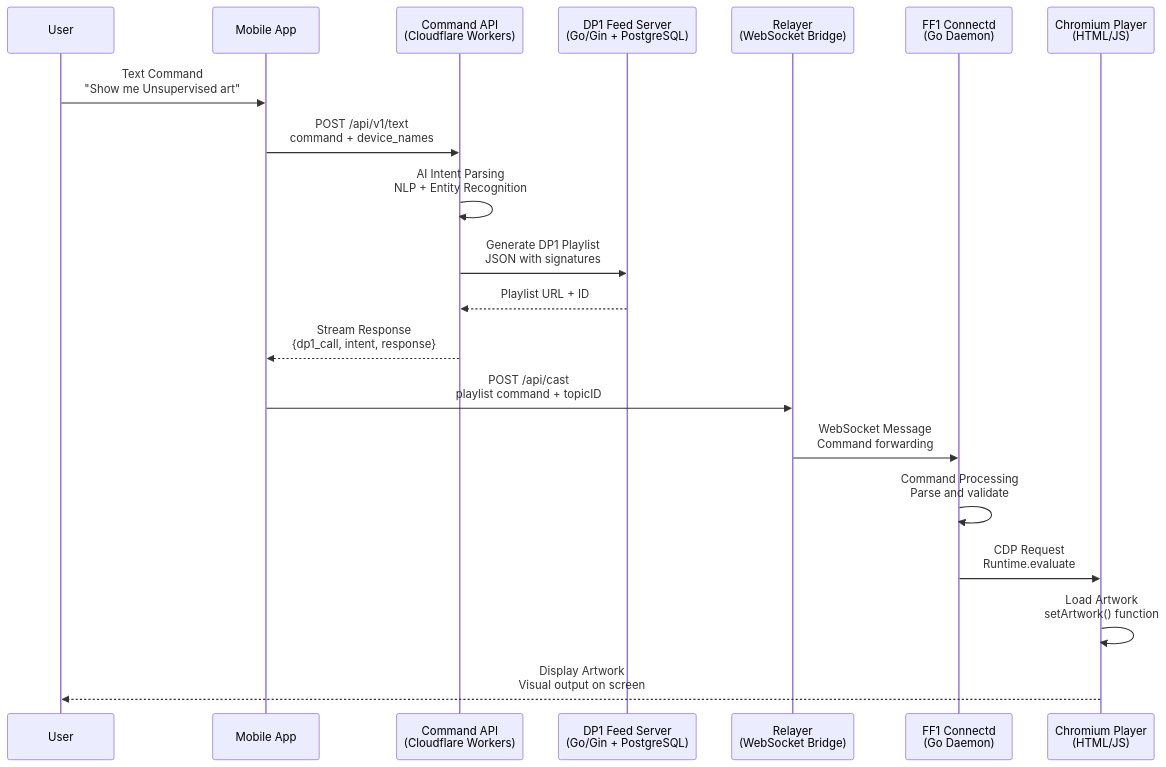
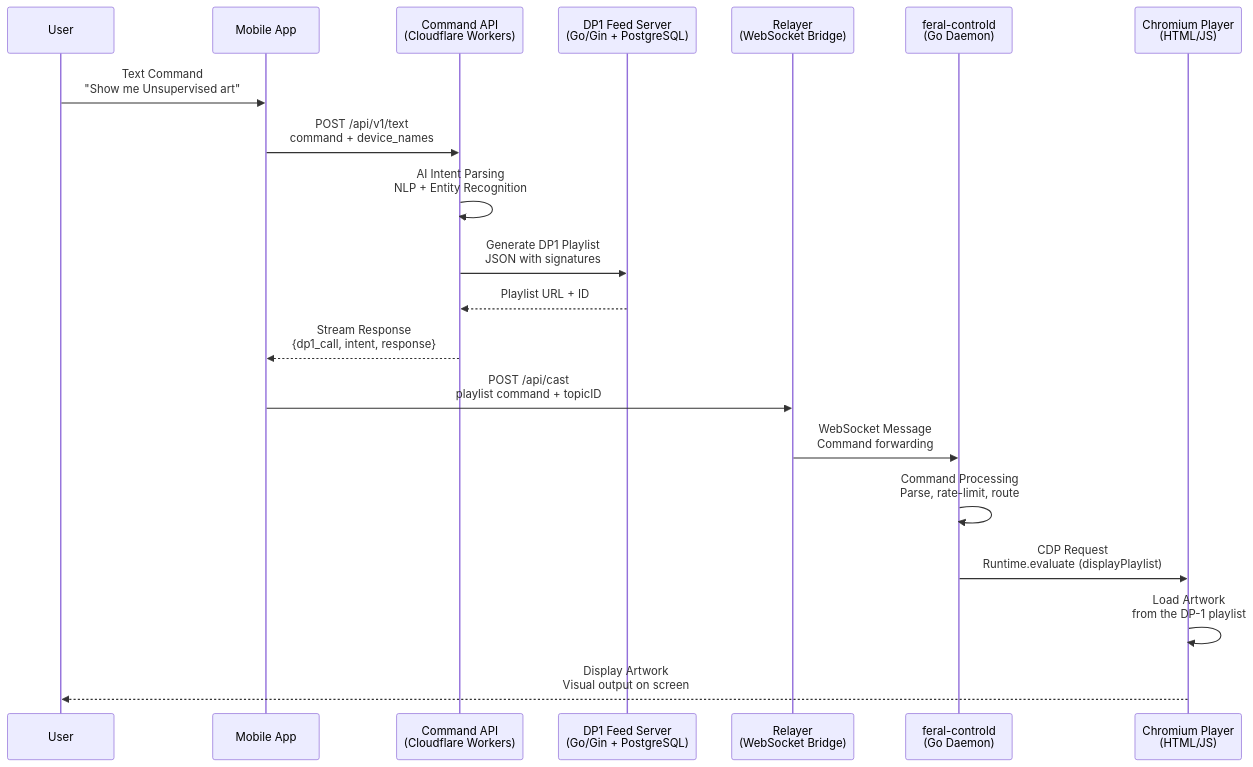
Before and after one commit to feral-file/docs: the diagram in docs/art-computer/how-it-works/display.md, drawn with Mermaid. The commit also changed other lines of this file and 7 other files, not shown here.

First line of the commit message:
docs: sync Art Computer pages with the current ffos-user architecture

````diff
--- a/docs/art-computer/how-it-works/display.md
+++ b/docs/art-computer/how-it-works/display.md
@@ -26,27 +27,27 @@
 ```mermaid
 sequenceDiagram
     participant User
     participant Mobile as Mobile App
     participant CommandAPI as Command API<br/>(Cloudflare Workers)
     participant DP1Feed as DP1 Feed Server<br/>(Go/Gin + PostgreSQL)
     participant Relayer as Relayer<br/>(WebSocket Bridge)
-    participant Connectd as FF1 Connectd<br/>(Go Daemon)
+    participant Controld as feral-controld<br/>(Go Daemon)
     participant Player as Chromium Player<br/>(HTML/JS)
 
     User->>Mobile: Text Command<br/>"Show me Unsupervised art"
     
     Mobile->>CommandAPI: POST /api/v1/text<br/>command + device_names
     CommandAPI->>CommandAPI: AI Intent Parsing<br/>NLP + Entity Recognition
     CommandAPI->>DP1Feed: Generate DP1 Playlist<br/>JSON with signatures
     DP1Feed-->>CommandAPI: Playlist URL + ID
     CommandAPI-->>Mobile: Stream Response<br/>{dp1_call, intent, response}
     
     Mobile->>Relayer: POST /api/cast<br/>playlist command + topicID
-    Relayer->>Connectd: WebSocket Message<br/>Command forwarding
+    Relayer->>Controld: WebSocket Message<br/>Command forwarding
     
-    Connectd->>Connectd: Command Processing<br/>Parse and validate
-    Connectd->>Player: CDP Request<br/>Runtime.evaluate
-    Player->>Player: Load Artwork<br/>setArtwork() function
+    Controld->>Controld: Command Processing<br/>Parse, rate-limit, route
+    Controld->>Player: CDP Request<br/>Runtime.evaluate (displayPlaylist)
+    Player->>Player: Load Artwork<br/>from the DP-1 playlist
     
     Player-->>User: Display Artwork<br/>Visual output on screen
 ```
````
